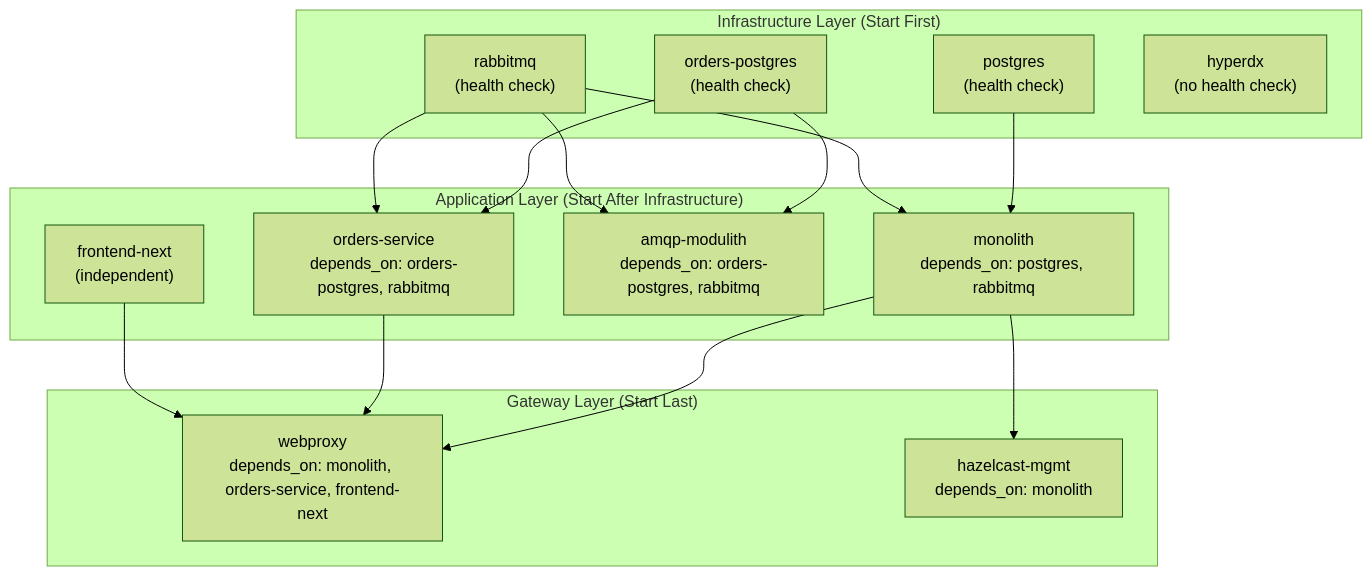
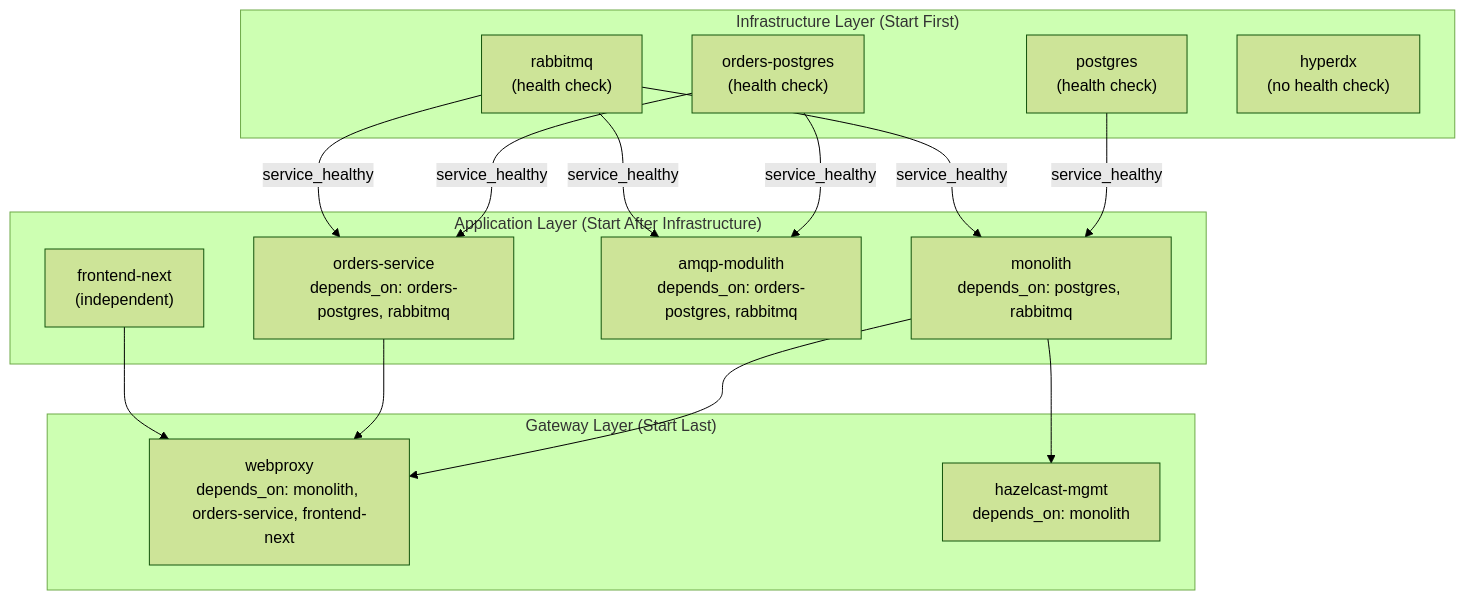
One commit to philipz/spring-modular-monolith changed the sixth of 7 diagrams in docs/deepwiki/Deployment-and-Infrastructure.md. Above: the diagram before and after it, drawn with Mermaid (forest theme). The commit also changed other lines of this file and 55 other files, not shown here.

````diff
--- a/docs/deepwiki/Deployment-and-Infrastructure.md
+++ b/docs/deepwiki/Deployment-and-Infrastructure.md
@@ -699,44 +699,44 @@
 ```mermaid
 flowchart TD
 
 postgres["postgres<br>(health check)"]
 ordersPostgres["orders-postgres<br>(health check)"]
 rabbitmq["rabbitmq<br>(health check)"]
 hyperdx["hyperdx<br>(no health check)"]
 monolith["monolith<br>depends_on: postgres, rabbitmq"]
 ordersService["orders-service<br>depends_on: orders-postgres, rabbitmq"]
 amqpModulith["amqp-modulith<br>depends_on: orders-postgres, rabbitmq"]
 frontendNext["frontend-next<br>(independent)"]
 webproxy["webproxy<br>depends_on: monolith, orders-service, frontend-next"]
 hazelcastMgmt["hazelcast-mgmt<br>depends_on: monolith"]
 
-postgres --> monolith
-rabbitmq --> monolith
-ordersPostgres --> ordersService
-rabbitmq --> ordersService
-ordersPostgres --> amqpModulith
-rabbitmq --> amqpModulith
+postgres -->|"service_healthy"| monolith
+rabbitmq -->|"service_healthy"| monolith
+ordersPostgres -->|"service_healthy"| ordersService
+rabbitmq -->|"service_healthy"| ordersService
+ordersPostgres -->|"service_healthy"| amqpModulith
+rabbitmq -->|"service_healthy"| amqpModulith
 monolith --> webproxy
 ordersService --> webproxy
 frontendNext --> webproxy
 monolith --> hazelcastMgmt
 
 subgraph subGraph2 ["Gateway Layer (Start Last)"]
     webproxy
     hazelcastMgmt
 end
 
 subgraph subGraph1 ["Application Layer (Start After Infrastructure)"]
     monolith
     ordersService
     amqpModulith
     frontendNext
 end
 
 subgraph subGraph0 ["Infrastructure Layer (Start First)"]
     postgres
     ordersPostgres
     rabbitmq
     hyperdx
 end
 ```
````
